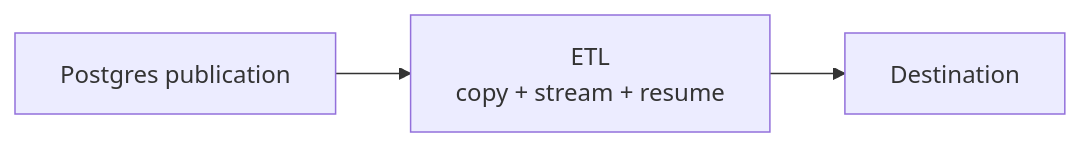
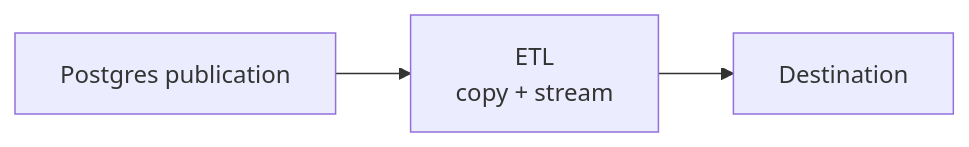
Before and after one commit to supabase/etl: the diagram in README.md, drawn with Mermaid. The commit also changed other lines of this file, not shown here.

````diff
--- a/README.md
+++ b/README.md
@@ -56,5 +56,5 @@
 ```mermaid
 flowchart LR
-    Postgres["Postgres publication"] --> ETL["ETL<br/>copy + stream + resume"]
+    Postgres["Postgres publication"] --> ETL["ETL<br/>copy + stream"]
     ETL --> Destination["Destination"]
 ```
````
